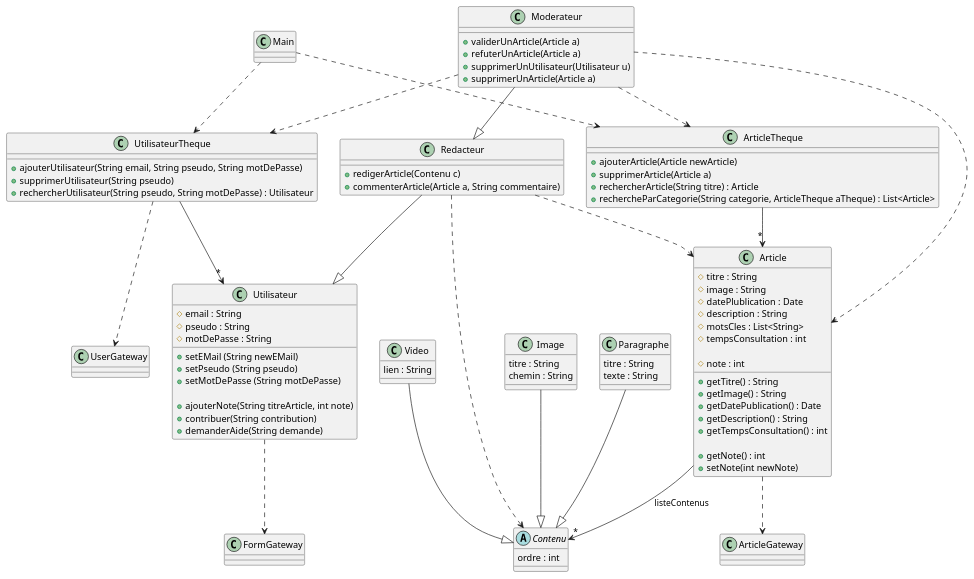
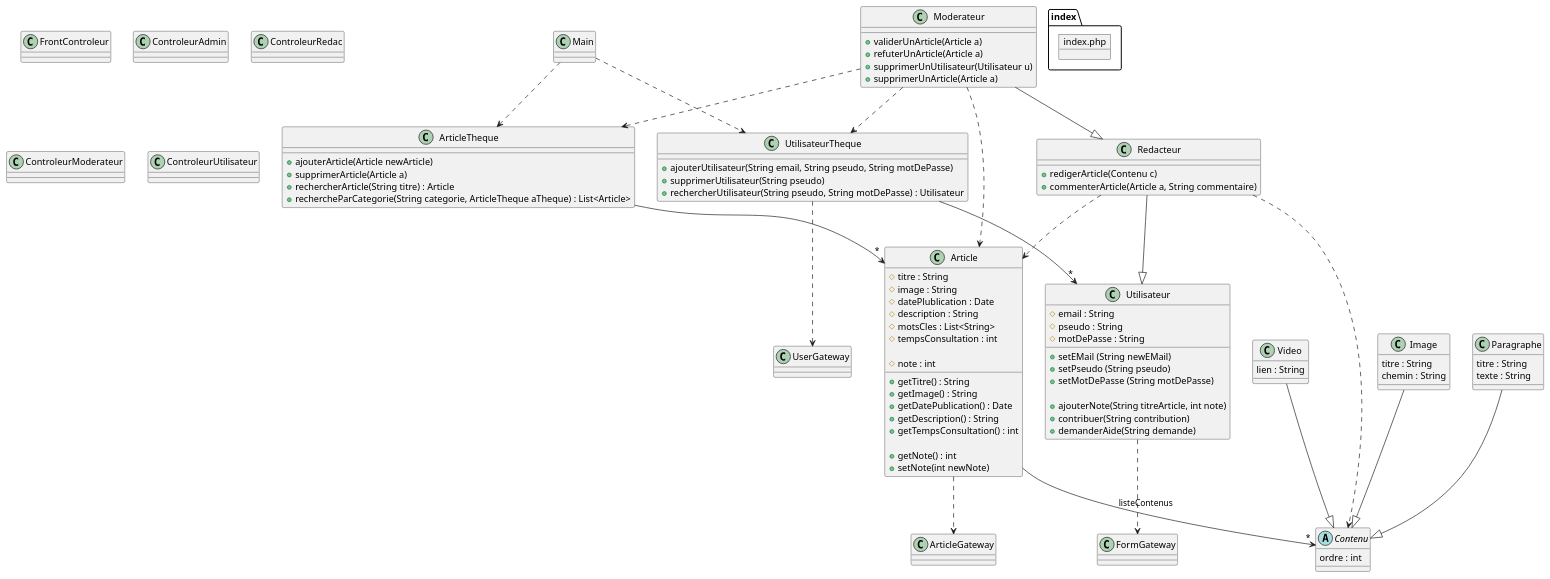
One commit to tonyfgs/Verax changed the diagram in Diagramme/diag2.md. Above: the diagram before and after it, drawn with PlantUML. The commit also changed other lines of this file, not shown here.

Commit message:
Modif diag de classe

````diff
--- a/Diagramme/diag2.md
+++ b/Diagramme/diag2.md
@@ -2,5 +5,29 @@
 ```plantuml
 @startuml
+object index.php
+
+class FrontControleur{
+
+}
+
+class ControleurAdmin{
+
+}
+
+class ControleurRedac{
+
+}
+
+class ControleurModerateur{
+
+}
+
+class ControleurUtilisateur{
+
+}
+
+
+
 class Main{
 
 }
````
